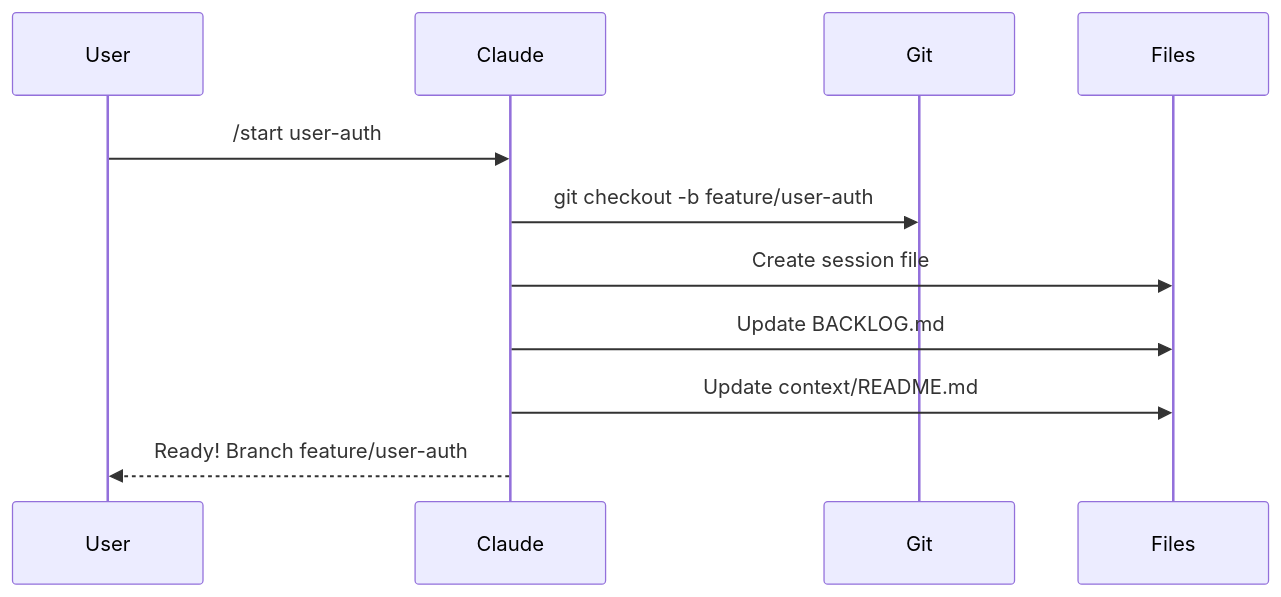
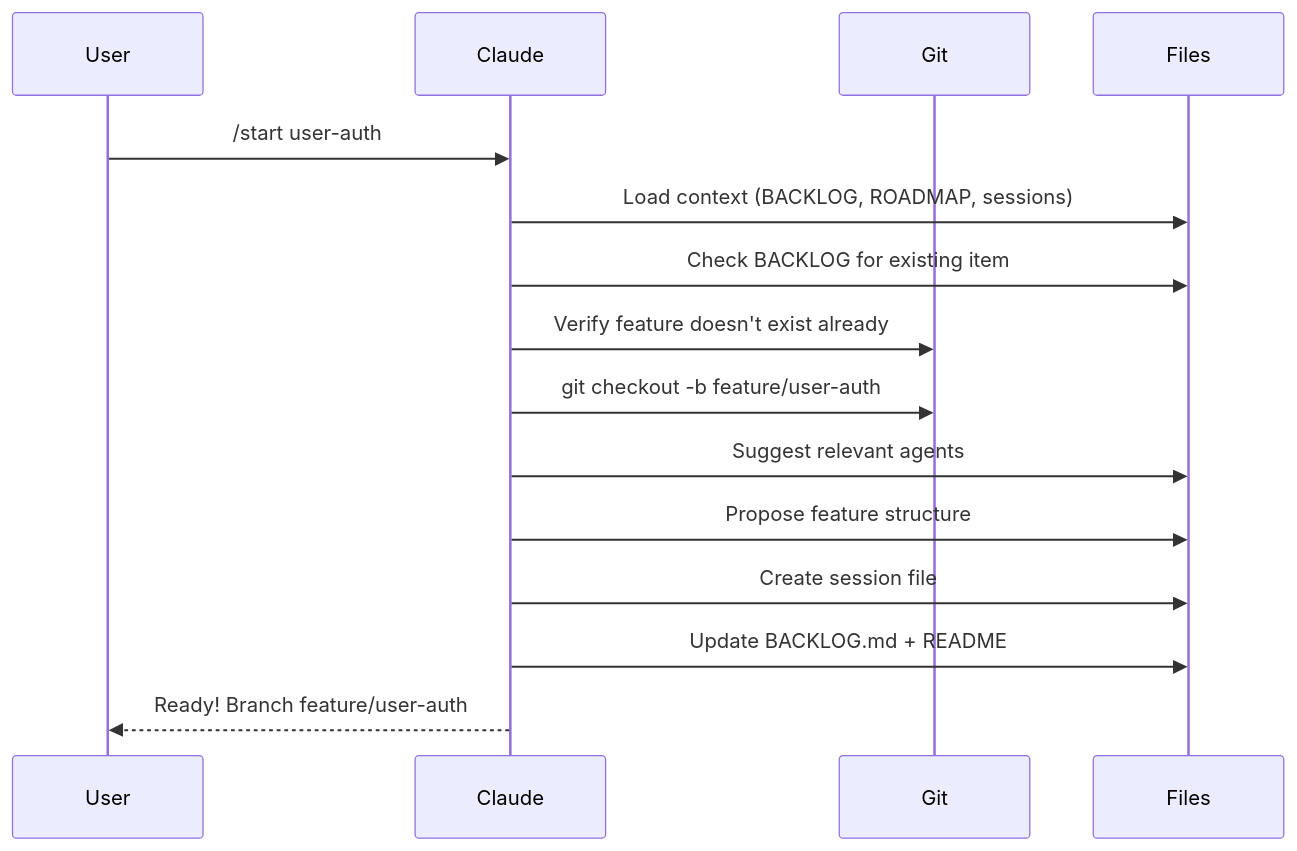
The second of 6 diagrams in README.md (brujoh88/workflowIA), drawn with Mermaid before and after one commit. The commit also changed other lines of this file and 23 other files, not shown here.

````diff
--- a/README.md
+++ b/README.md
@@ -90,14 +111,18 @@
 ```mermaid
 sequenceDiagram
     participant U as User
     participant C as Claude
     participant G as Git
     participant F as Files
 
     U->>C: /start user-auth
+    C->>F: Load context (BACKLOG, ROADMAP, sessions)
+    C->>F: Check BACKLOG for existing item
+    C->>G: Verify feature doesn't exist already
     C->>G: git checkout -b feature/user-auth
+    C->>F: Suggest relevant agents
+    C->>F: Propose feature structure
     C->>F: Create session file
-    C->>F: Update BACKLOG.md
-    C->>F: Update context/README.md
+    C->>F: Update BACKLOG.md + README
     C-->>U: Ready! Branch feature/user-auth
 ```
````
